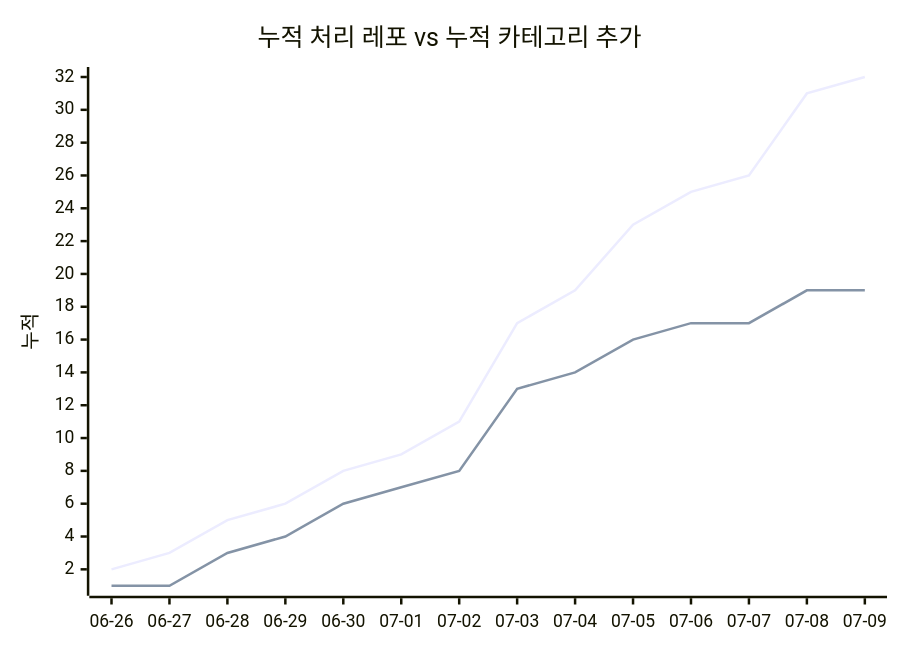
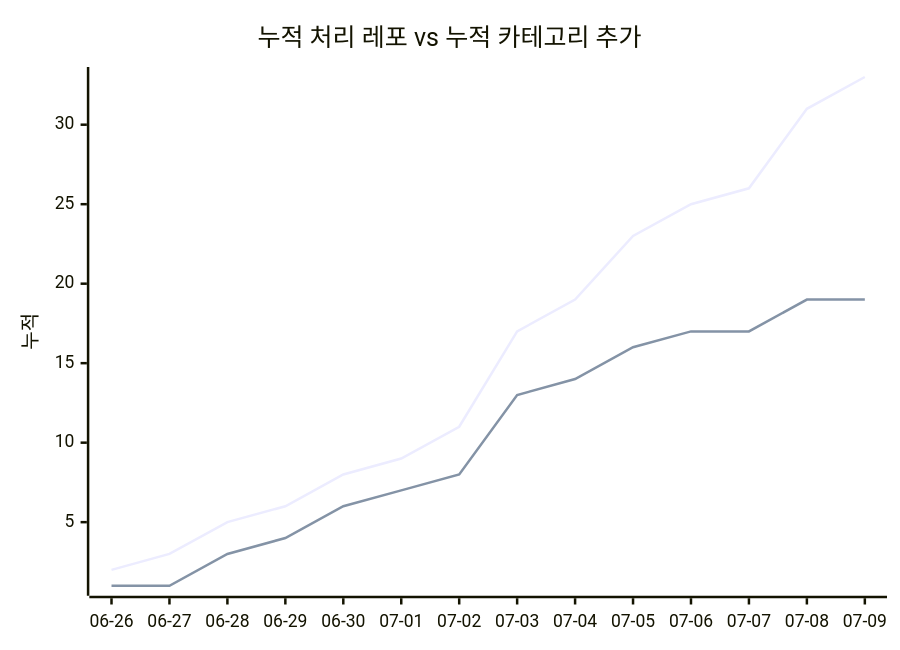
The second of 2 diagrams in docs/trends.md (J-nowcow/awesome-korean-agent-skills), drawn with Mermaid before and after one commit. The commit also changed other lines of this file and 2 other files, not shown here.

````diff
--- a/docs/trends.md
+++ b/docs/trends.md
@@ -68,8 +68,8 @@
 ```mermaid
 xychart-beta
     title "누적 처리 레포 vs 누적 카테고리 추가"
     x-axis ["06-26","06-27","06-28","06-29","06-30","07-01","07-02","07-03","07-04","07-05","07-06","07-07","07-08","07-09"]
     y-axis "누적"
-    line [2,3,5,6,8,9,11,17,19,23,25,26,31,32]
+    line [2,3,5,6,8,9,11,17,19,23,25,26,31,33]
     line [1,1,3,4,6,7,8,13,14,16,17,17,19,19]
 ```
````
